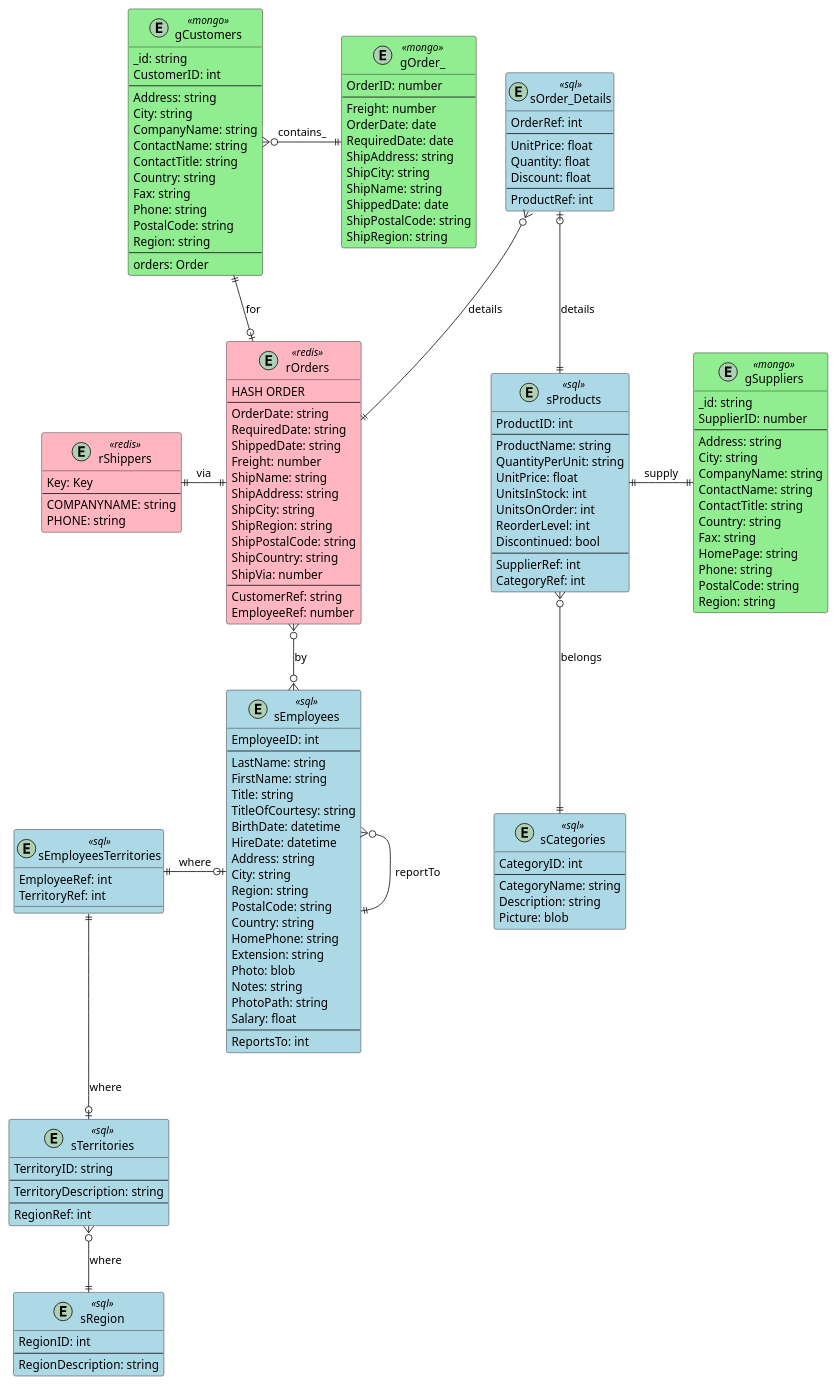
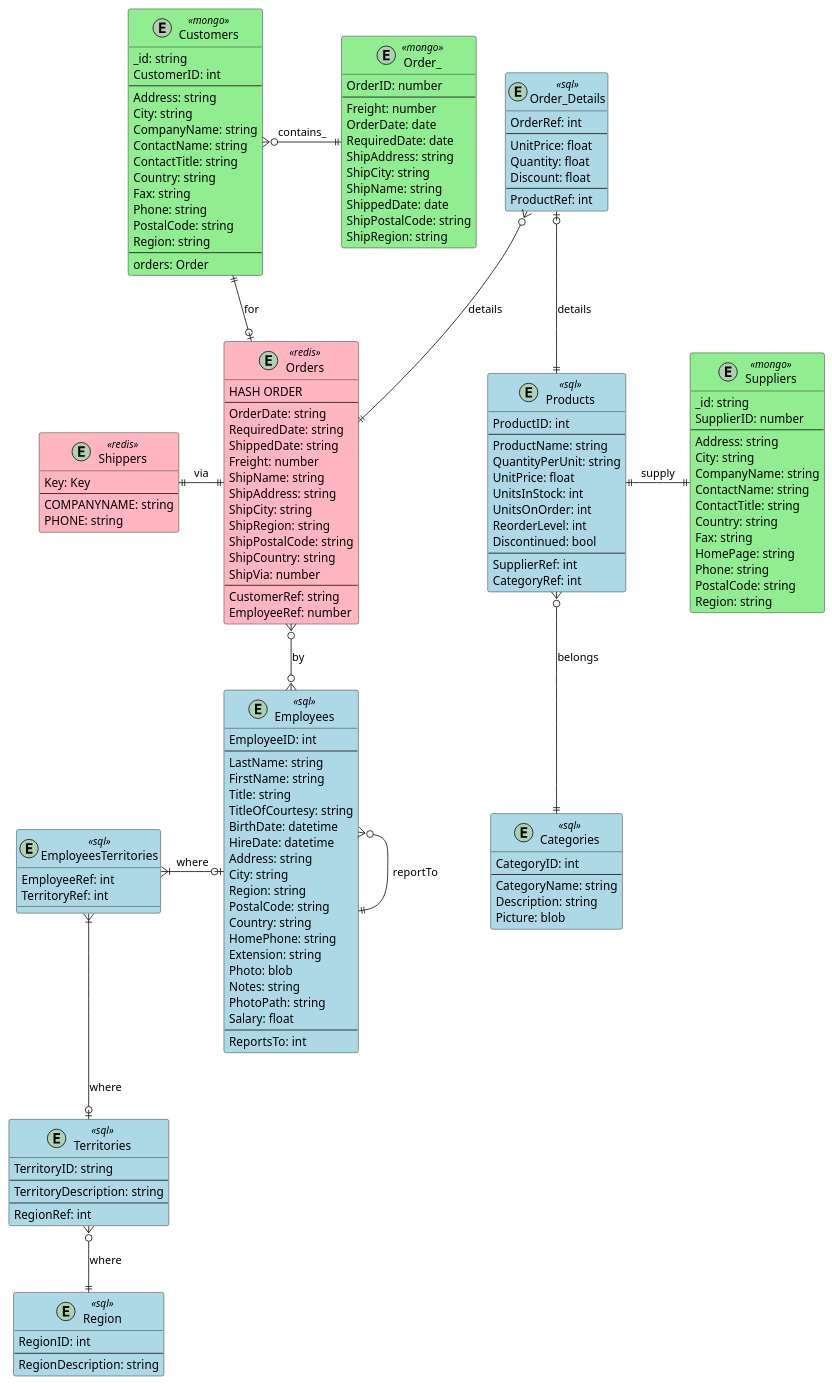
One commit to vsantele/unamur-bigdata changed the diagram in schemaPhysic.plantuml. Above: the diagram before and after it, drawn with PlantUML.

```diff
--- a/schemaPhysic.plantuml
+++ b/schemaPhysic.plantuml
@@ -1,177 +1,177 @@
 @startuml
 
 skinparam class {
   backgroundColor<<mongo>> lightGreen
   backgroundColor<<sql>> lightBlue
   backgroundColor<<redis>> lightPink
 }
 
-entity "gCustomers" as gCustomers <<mongo>> {
+entity "Customers" as gCustomers <<mongo>> {
   _id: string
   CustomerID: int
   ---
   Address: string
   City: string
   CompanyName: string
   ContactName: string
   ContactTitle: string
   Country: string
   Fax: string
   Phone: string
   PostalCode: string
   Region: string
   ---
   orders: Order
 }
 
-entity "gOrder_" as gOrder_ <<mongo>> {
+entity "Order_" as gOrder_ <<mongo>> {
   OrderID: number
   ---
   Freight: number
   OrderDate: date
   RequiredDate: date
   ShipAddress: string
   ShipCity: string
   ShipName: string
   ShippedDate: date
   ShipPostalCode: string
   ShipRegion: string
 }
 
 
-entity "gSuppliers" as gSuppliers <<mongo>> {
+entity "Suppliers" as gSuppliers <<mongo>> {
   _id: string
   SupplierID: number
   ---
   Address: string
   City: string
   CompanyName: string
   ContactName: string
   ContactTitle: string
   Country: string
   Fax: string
   HomePage: string
   Phone: string
   PostalCode: string
   Region: string
 }
 
-entity "rOrders" as rOrders <<redis>> {
+entity "Orders" as rOrders <<redis>> {
   HASH ORDER
   ---
   OrderDate: string
   RequiredDate: string
   ShippedDate: string
   Freight: number
   ShipName: string
   ShipAddress: string
   ShipCity: string
   ShipRegion: string
   ShipPostalCode: string
   ShipCountry: string
   ShipVia: number
   ---
   CustomerRef: string
   EmployeeRef: number
 }
 
-entity "rShippers" as rShippers <<redis>> {
+entity "Shippers" as rShippers <<redis>> {
   Key: Key
   ---
   COMPANYNAME: string
   PHONE: string
 }
 
-entity "sOrder_Details" as sOrder_Details <<sql>> {
+entity "Order_Details" as sOrder_Details <<sql>> {
   OrderRef: int
   ---
   UnitPrice: float
   Quantity: float
   Discount: float
   ---
   ProductRef: int
 }
 
-entity "sProducts" as sProducts <<sql>> {
+entity "Products" as sProducts <<sql>> {
   ProductID: int
   ---
   ProductName: string
   QuantityPerUnit: string
   UnitPrice: float
   UnitsInStock: int
   UnitsOnOrder: int
   ReorderLevel: int
   Discontinued: bool
   ---
   SupplierRef: int
   CategoryRef: int
 }
 
-entity "sRegion" as sRegion <<sql>> {
+entity "Region" as sRegion <<sql>> {
   RegionID: int
   ---
   RegionDescription: string
 }
 
-entity "sCategories" as sCategories <<sql>> {
+entity "Categories" as sCategories <<sql>> {
   CategoryID: int
   ---
   CategoryName: string
   Description: string
   Picture: blob
 }
 
-entity "sTerritories" as sTerritories <<sql>> {
+entity "Territories" as sTerritories <<sql>> {
   TerritoryID: string
   ---
   TerritoryDescription: string
   ---
   RegionRef: int
 }
 
-entity "sEmployees" as sEmployees <<sql>> {
+entity "Employees" as sEmployees <<sql>> {
   EmployeeID: int
   ---
   LastName: string
   FirstName: string
   Title: string
   TitleOfCourtesy: string
   BirthDate: datetime
   HireDate: datetime
   Address: string
   City: string
   Region: string
   PostalCode: string
   Country: string
   HomePhone: string
   Extension: string
   Photo: blob
   Notes: string
   PhotoPath: string
   Salary: float
   ---
   ReportsTo: int
 }
 
-entity "sEmployeesTerritories" as sEmployeesTerritories <<sql>> {
+entity "EmployeesTerritories" as sEmployeesTerritories <<sql>> {
   EmployeeRef: int
   TerritoryRef: int
 }
 
 gCustomers }o-r-|| gOrder_ : contains_
 
-sEmployeesTerritories ||-d-o| sTerritories : where
-sEmployeesTerritories ||-o| sEmployees : where
+sEmployeesTerritories }|-d-o| sTerritories : where
+sEmployeesTerritories }|-o| sEmployees : where
 sTerritories }o--|| sRegion : where
 sOrder_Details |o--|| sProducts : details
 sOrder_Details }o--|| rOrders : details
 sEmployees }o--|| sEmployees : reportTo
 sProducts }o-d-|| sCategories : belongs
 sProducts ||-r-|| gSuppliers : supply
 rOrders ||-l-|| rShippers : via
 rOrders |o-u-|| gCustomers : for
 rOrders }o--o{ sEmployees : by
 ' rOrders = gOrder_
 ' rOrders = sOrders
 
 @enduml
```
